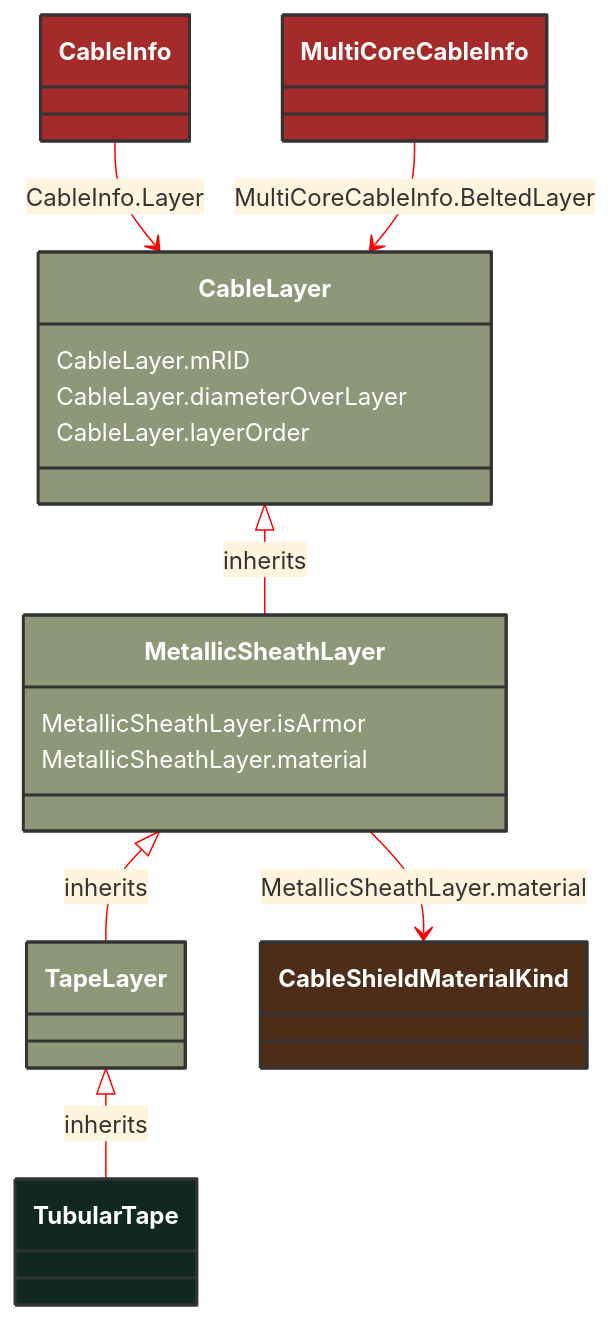
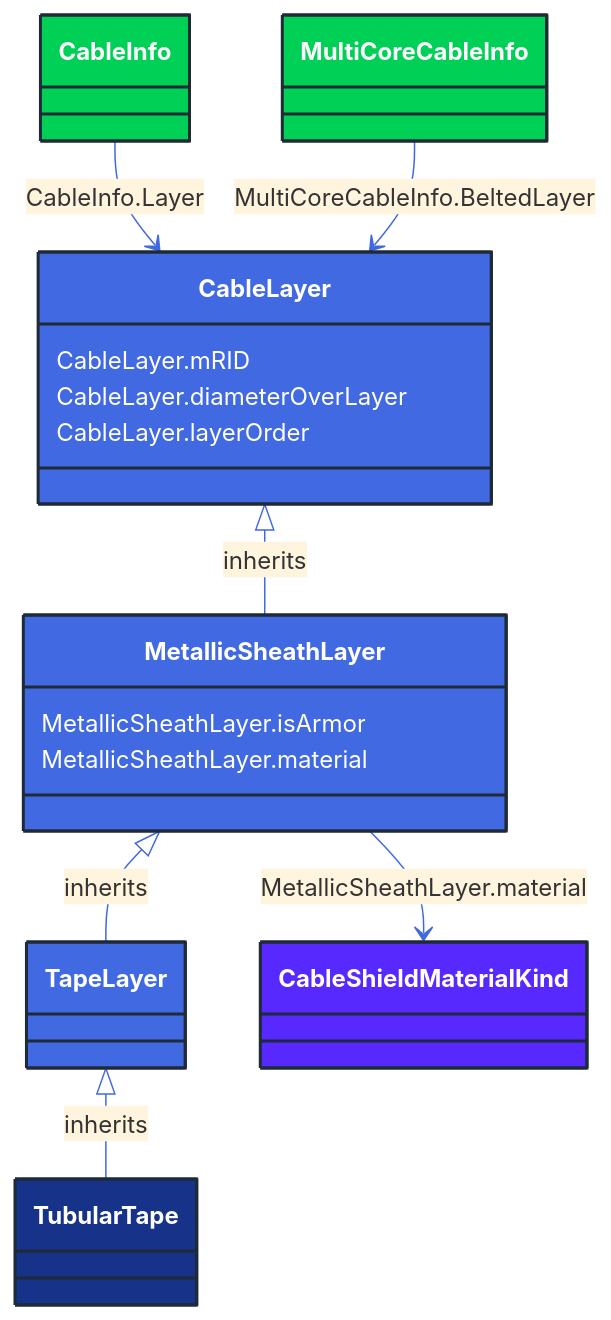
One commit to 3lbits/NoCIMExtensions changed the diagram in docs/Models/Profiles/SubseaCableInfo/ConcreteClasses/TubularTape.md. Above: the diagram before and after it, drawn with Mermaid. The commit also changed 362 other files, not shown here.

First line of the commit message:
Update diagrams and styles for improved visual consistency

````diff
--- a/docs/Models/Profiles/SubseaCableInfo/ConcreteClasses/TubularTape.md
+++ b/docs/Models/Profiles/SubseaCableInfo/ConcreteClasses/TubularTape.md
@@ -8,44 +8,44 @@
 ```mermaid
-%%{init: {'theme':'base','themeVariables': {'lineColor': '#FF0000'}}}%%
+%%{init: {'theme':'base','themeVariables': {'lineColor': '#4169E1'}}}%%
 classDiagram
     class TubularTape
     click TubularTape href "/Models/Profiles/SubseaCableInfo/ConcreteClasses/TubularTape/"
-    style TubularTape fill:#102820,stroke:#333,stroke-width:2px,rx:10,ry:10,color:white
+    style TubularTape fill:#163289,stroke:#1F2A37,stroke-width:2px,rx:10,ry:10,color:white
      
         TapeLayer <|-- TubularTape : inherits
             click TapeLayer href "/Models/Profiles/SubseaCableInfo/ConcreteClasses/TapeLayer/"
-            style TapeLayer fill:#8F9779,stroke:#333,stroke-width:2px,rx:10,ry:10,color:white
+            style TapeLayer fill:#4169E1,stroke:#1F2A37,stroke-width:2px,rx:10,ry:10,color:white
      
         MetallicSheathLayer <|-- TapeLayer : inherits
             click MetallicSheathLayer href "/Models/Profiles/SubseaCableInfo/ConcreteClasses/MetallicSheathLayer/"
-            style MetallicSheathLayer fill:#8F9779,stroke:#333,stroke-width:2px,rx:10,ry:10,color:white
+            style MetallicSheathLayer fill:#4169E1,stroke:#1F2A37,stroke-width:2px,rx:10,ry:10,color:white
      
         CableLayer <|-- MetallicSheathLayer : inherits
             click CableLayer href "/Models/Profiles/SubseaCableInfo/AbstractClasses/CableLayer/"
-            style CableLayer fill:#8F9779,stroke:#333,stroke-width:2px,rx:10,ry:10,color:white
+            style CableLayer fill:#4169E1,stroke:#1F2A37,stroke-width:2px,rx:10,ry:10,color:white
 
 
         CableInfo --> CableLayer : CableInfo.Layer
 
         CableInfo
             click CableInfo href "/Models/Profiles/SubseaCableInfo/ConcreteClasses/CableInfo/"
-            style CableInfo fill:#A52A2A,stroke:#333,stroke-width:2px,rx:10,ry:10,color:white
+            style CableInfo fill:#00D156,stroke:#1F2A37,stroke-width:2px,rx:10,ry:10,color:white
 
         MultiCoreCableInfo --> CableLayer : MultiCoreCableInfo.BeltedLayer
 
         MultiCoreCableInfo
             click MultiCoreCableInfo href "/Models/Profiles/SubseaCableInfo/ConcreteClasses/MultiCoreCableInfo/"
-            style MultiCoreCableInfo fill:#A52A2A,stroke:#333,stroke-width:2px,rx:10,ry:10,color:white
+            style MultiCoreCableInfo fill:#00D156,stroke:#1F2A37,stroke-width:2px,rx:10,ry:10,color:white
 
         MetallicSheathLayer --> CableShieldMaterialKind : MetallicSheathLayer.material
 
         CableShieldMaterialKind
             click CableShieldMaterialKind href "/Models/Profiles/SubseaCableInfo/Enumerations/CableShieldMaterialKind/"
-            style CableShieldMaterialKind fill:#4D2D18,stroke:#333,stroke-width:2px,rx:10,ry:10,color:white
+            style CableShieldMaterialKind fill:#5729FF,stroke:#1F2A37,stroke-width:2px,rx:10,ry:10,color:white
 
         MetallicSheathLayer : MetallicSheathLayer.isArmor
         MetallicSheathLayer : MetallicSheathLayer.material
         CableLayer : CableLayer.mRID
         CableLayer : CableLayer.diameterOverLayer
         CableLayer : CableLayer.layerOrder
 ```
````
